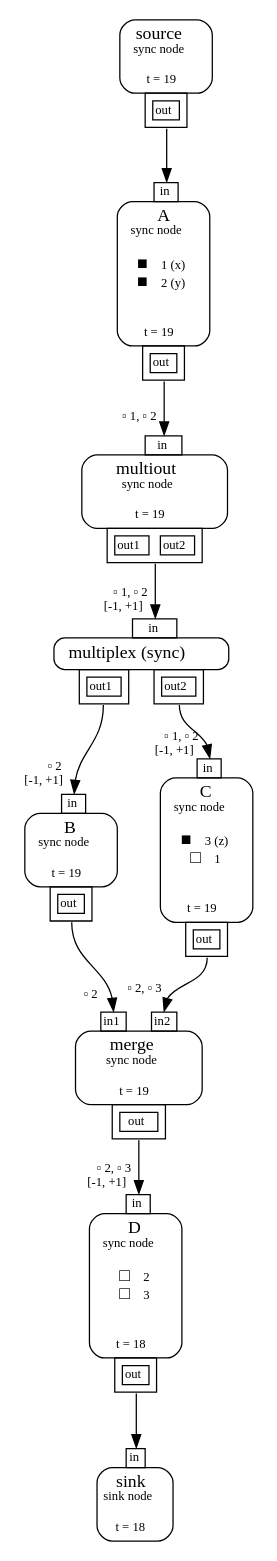
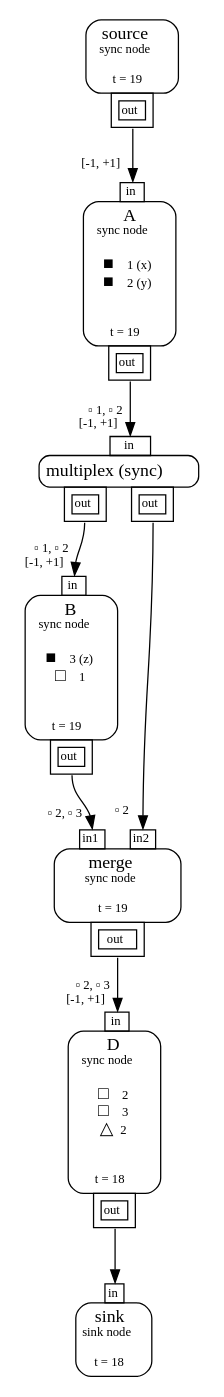
The diagram in gr.gv (dbonattoj/mf), drawn with Graphviz before and after one commit. The commit also changed 7 other files, not shown here.

```diff
--- a/gr.gv
+++ b/gr.gv
@@ -7,35 +7,27 @@
 <TABLE BORDER="0" CELLBORDER="0" CELLSPACING="0" CELLPADDING="0"><TR><TD WIDTH="20"></TD><TD BORDER="1" CELLPADDING="1" PORT="in3" COLOR="black"><FONT POINT-SIZE="10">in</FONT></TD><TD WIDTH="20"></TD></TR><TR><TD COLSPAN="3" BORDER="1" STYLE="ROUNDED" CELLPADDING="4" COLOR="black">A<BR/><FONT POINT-SIZE="10">sync node</FONT><BR/><BR/>&#x25A0; <FONT POINT-SIZE="10">1 (x)</FONT><BR/>&#x25A0; <FONT POINT-SIZE="10">2 (y)</FONT><BR/><BR/><BR/><FONT POINT-SIZE="10">t = 19</FONT></TD></TR><TR><TD COLSPAN="3" BORDER="0"><TABLE BORDER="0" CELLBORDER="0" CELLSPACING="0" CELLPADDING="0"><TR><TD WIDTH="20"></TD><TD BORDER="1" CELLPADDING="3" PORT="out4" COLOR="black"><TABLE BORDER="0" CELLSPACING="2"><TR CELLPADDING="1"><TD BORDER="1" CELLPADDING="1"><FONT POINT-SIZE="10">out</FONT></TD></TR></TABLE></TD><TD WIDTH="20"></TD></TR></TABLE></TD></TR></TABLE>
 >];
 	node5 [shape=plaintext label=<
-<TABLE BORDER="0" CELLBORDER="0" CELLSPACING="0" CELLPADDING="0"><TR><TD WIDTH="20"></TD><TD BORDER="1" CELLPADDING="1" PORT="in6" COLOR="black"><FONT POINT-SIZE="10">in</FONT></TD><TD WIDTH="20"></TD></TR><TR><TD COLSPAN="3" BORDER="1" STYLE="ROUNDED" CELLPADDING="4" COLOR="black">multiout<BR/><FONT POINT-SIZE="10">sync node</FONT><BR/><BR/><FONT POINT-SIZE="10">t = 19</FONT></TD></TR><TR><TD COLSPAN="3" BORDER="0"><TABLE BORDER="0" CELLBORDER="0" CELLSPACING="0" CELLPADDING="0"><TR><TD WIDTH="20"></TD><TD BORDER="1" CELLPADDING="3" PORT="out7" COLOR="black"><TABLE BORDER="0" CELLSPACING="2"><TR CELLPADDING="1"><TD BORDER="1" CELLPADDING="1"><FONT POINT-SIZE="10">out1</FONT></TD><TD WIDTH="5"></TD><TD BORDER="1" CELLPADDING="1"><FONT POINT-SIZE="10">out2</FONT></TD></TR></TABLE></TD><TD WIDTH="20"></TD></TR></TABLE></TD></TR></TABLE>
+<TABLE BORDER="0" CELLBORDER="0" CELLSPACING="0" CELLPADDING="0"><TR><TD WIDTH="20"></TD><TD BORDER="1" CELLPADDING="1" PORT="in6" COLOR="black"><FONT POINT-SIZE="10">in</FONT></TD><TD WIDTH="20"></TD></TR><TR><TD COLSPAN="3" BORDER="1" STYLE="ROUNDED" CELLPADDING="4" COLOR="black">multiplex (sync)</TD></TR><TR><TD COLSPAN="3" BORDER="0"><TABLE BORDER="0" CELLBORDER="0" CELLSPACING="0" CELLPADDING="0"><TR><TD WIDTH="20"></TD><TD BORDER="1" CELLPADDING="3" PORT="out7" COLOR="black"><TABLE BORDER="0" CELLSPACING="2"><TR CELLPADDING="1"><TD BORDER="1" CELLPADDING="1"><FONT POINT-SIZE="10">out</FONT></TD></TR></TABLE></TD><TD WIDTH="20"></TD><TD BORDER="1" CELLPADDING="3" PORT="out8" COLOR="black"><TABLE BORDER="0" CELLSPACING="2"><TR CELLPADDING="1"><TD BORDER="1" CELLPADDING="1"><FONT POINT-SIZE="10">out</FONT></TD></TR></TABLE></TD><TD WIDTH="20"></TD></TR></TABLE></TD></TR></TABLE>
 >];
-	node8 [shape=plaintext label=<
-<TABLE BORDER="0" CELLBORDER="0" CELLSPACING="0" CELLPADDING="0"><TR><TD WIDTH="20"></TD><TD BORDER="1" CELLPADDING="1" PORT="in9" COLOR="black"><FONT POINT-SIZE="10">in</FONT></TD><TD WIDTH="20"></TD></TR><TR><TD COLSPAN="3" BORDER="1" STYLE="ROUNDED" CELLPADDING="4" COLOR="black">multiplex (sync)</TD></TR><TR><TD COLSPAN="3" BORDER="0"><TABLE BORDER="0" CELLBORDER="0" CELLSPACING="0" CELLPADDING="0"><TR><TD WIDTH="20"></TD><TD BORDER="1" CELLPADDING="3" PORT="out10" COLOR="black"><TABLE BORDER="0" CELLSPACING="2"><TR CELLPADDING="1"><TD BORDER="1" CELLPADDING="1"><FONT POINT-SIZE="10">out1</FONT></TD></TR></TABLE></TD><TD WIDTH="20"></TD><TD BORDER="1" CELLPADDING="3" PORT="out11" COLOR="black"><TABLE BORDER="0" CELLSPACING="2"><TR CELLPADDING="1"><TD BORDER="1" CELLPADDING="1"><FONT POINT-SIZE="10">out2</FONT></TD></TR></TABLE></TD><TD WIDTH="20"></TD></TR></TABLE></TD></TR></TABLE>
+	node9 [shape=plaintext label=<
+<TABLE BORDER="0" CELLBORDER="0" CELLSPACING="0" CELLPADDING="0"><TR><TD WIDTH="20"></TD><TD BORDER="1" CELLPADDING="1" PORT="in10" COLOR="black"><FONT POINT-SIZE="10">in</FONT></TD><TD WIDTH="20"></TD></TR><TR><TD COLSPAN="3" BORDER="1" STYLE="ROUNDED" CELLPADDING="4" COLOR="black">B<BR/><FONT POINT-SIZE="10">sync node</FONT><BR/><BR/>&#x25A0; <FONT POINT-SIZE="10">3 (z)</FONT><BR/>&#x25A1; <FONT POINT-SIZE="10">1</FONT><BR/><BR/><BR/><FONT POINT-SIZE="10">t = 19</FONT></TD></TR><TR><TD COLSPAN="3" BORDER="0"><TABLE BORDER="0" CELLBORDER="0" CELLSPACING="0" CELLPADDING="0"><TR><TD WIDTH="20"></TD><TD BORDER="1" CELLPADDING="3" PORT="out11" COLOR="black"><TABLE BORDER="0" CELLSPACING="2"><TR CELLPADDING="1"><TD BORDER="1" CELLPADDING="1"><FONT POINT-SIZE="10">out</FONT></TD></TR></TABLE></TD><TD WIDTH="20"></TD></TR></TABLE></TD></TR></TABLE>
 >];
 	node12 [shape=plaintext label=<
-<TABLE BORDER="0" CELLBORDER="0" CELLSPACING="0" CELLPADDING="0"><TR><TD WIDTH="20"></TD><TD BORDER="1" CELLPADDING="1" PORT="in13" COLOR="black"><FONT POINT-SIZE="10">in</FONT></TD><TD WIDTH="20"></TD></TR><TR><TD COLSPAN="3" BORDER="1" STYLE="ROUNDED" CELLPADDING="4" COLOR="black">B<BR/><FONT POINT-SIZE="10">sync node</FONT><BR/><BR/><FONT POINT-SIZE="10">t = 19</FONT></TD></TR><TR><TD COLSPAN="3" BORDER="0"><TABLE BORDER="0" CELLBORDER="0" CELLSPACING="0" CELLPADDING="0"><TR><TD WIDTH="20"></TD><TD BORDER="1" CELLPADDING="3" PORT="out14" COLOR="black"><TABLE BORDER="0" CELLSPACING="2"><TR CELLPADDING="1"><TD BORDER="1" CELLPADDING="1"><FONT POINT-SIZE="10">out</FONT></TD></TR></TABLE></TD><TD WIDTH="20"></TD></TR></TABLE></TD></TR></TABLE>
+<TABLE BORDER="0" CELLBORDER="0" CELLSPACING="0" CELLPADDING="0"><TR><TD WIDTH="20"></TD><TD BORDER="1" CELLPADDING="1" PORT="in13" COLOR="black"><FONT POINT-SIZE="10">in1</FONT></TD><TD WIDTH="20"></TD><TD BORDER="1" CELLPADDING="1" PORT="in14" COLOR="black"><FONT POINT-SIZE="10">in2</FONT></TD><TD WIDTH="20"></TD></TR><TR><TD COLSPAN="5" BORDER="1" STYLE="ROUNDED" CELLPADDING="4" COLOR="black">merge<BR/><FONT POINT-SIZE="10">sync node</FONT><BR/><BR/><FONT POINT-SIZE="10">t = 19</FONT></TD></TR><TR><TD COLSPAN="5" BORDER="0"><TABLE BORDER="0" CELLBORDER="0" CELLSPACING="0" CELLPADDING="0"><TR><TD WIDTH="20"></TD><TD BORDER="1" CELLPADDING="3" PORT="out15" COLOR="black"><TABLE BORDER="0" CELLSPACING="2"><TR CELLPADDING="1"><TD BORDER="1" CELLPADDING="1"><FONT POINT-SIZE="10">out</FONT></TD></TR></TABLE></TD><TD WIDTH="20"></TD></TR></TABLE></TD></TR></TABLE>
 >];
-	node15 [shape=plaintext label=<
-<TABLE BORDER="0" CELLBORDER="0" CELLSPACING="0" CELLPADDING="0"><TR><TD WIDTH="20"></TD><TD BORDER="1" CELLPADDING="1" PORT="in16" COLOR="black"><FONT POINT-SIZE="10">in</FONT></TD><TD WIDTH="20"></TD></TR><TR><TD COLSPAN="3" BORDER="1" STYLE="ROUNDED" CELLPADDING="4" COLOR="black">C<BR/><FONT POINT-SIZE="10">sync node</FONT><BR/><BR/>&#x25A0; <FONT POINT-SIZE="10">3 (z)</FONT><BR/>&#x25A1; <FONT POINT-SIZE="10">1</FONT><BR/><BR/><BR/><FONT POINT-SIZE="10">t = 19</FONT></TD></TR><TR><TD COLSPAN="3" BORDER="0"><TABLE BORDER="0" CELLBORDER="0" CELLSPACING="0" CELLPADDING="0"><TR><TD WIDTH="20"></TD><TD BORDER="1" CELLPADDING="3" PORT="out17" COLOR="black"><TABLE BORDER="0" CELLSPACING="2"><TR CELLPADDING="1"><TD BORDER="1" CELLPADDING="1"><FONT POINT-SIZE="10">out</FONT></TD></TR></TABLE></TD><TD WIDTH="20"></TD></TR></TABLE></TD></TR></TABLE>
+	node16 [shape=plaintext label=<
+<TABLE BORDER="0" CELLBORDER="0" CELLSPACING="0" CELLPADDING="0"><TR><TD WIDTH="20"></TD><TD BORDER="1" CELLPADDING="1" PORT="in17" COLOR="black"><FONT POINT-SIZE="10">in</FONT></TD><TD WIDTH="20"></TD></TR><TR><TD COLSPAN="3" BORDER="1" STYLE="ROUNDED" CELLPADDING="4" COLOR="black">D<BR/><FONT POINT-SIZE="10">sync node</FONT><BR/><BR/>&#x25A1; <FONT POINT-SIZE="10">2</FONT><BR/>&#x25A1; <FONT POINT-SIZE="10">3</FONT><BR/>&#x25B3; <FONT POINT-SIZE="10">2</FONT><BR/><BR/><BR/><FONT POINT-SIZE="10">t = 18</FONT></TD></TR><TR><TD COLSPAN="3" BORDER="0"><TABLE BORDER="0" CELLBORDER="0" CELLSPACING="0" CELLPADDING="0"><TR><TD WIDTH="20"></TD><TD BORDER="1" CELLPADDING="3" PORT="out18" COLOR="black"><TABLE BORDER="0" CELLSPACING="2"><TR CELLPADDING="1"><TD BORDER="1" CELLPADDING="1"><FONT POINT-SIZE="10">out</FONT></TD></TR></TABLE></TD><TD WIDTH="20"></TD></TR></TABLE></TD></TR></TABLE>
 >];
-	node18 [shape=plaintext label=<
-<TABLE BORDER="0" CELLBORDER="0" CELLSPACING="0" CELLPADDING="0"><TR><TD WIDTH="20"></TD><TD BORDER="1" CELLPADDING="1" PORT="in19" COLOR="black"><FONT POINT-SIZE="10">in1</FONT></TD><TD WIDTH="20"></TD><TD BORDER="1" CELLPADDING="1" PORT="in20" COLOR="black"><FONT POINT-SIZE="10">in2</FONT></TD><TD WIDTH="20"></TD></TR><TR><TD COLSPAN="5" BORDER="1" STYLE="ROUNDED" CELLPADDING="4" COLOR="black">merge<BR/><FONT POINT-SIZE="10">sync node</FONT><BR/><BR/><FONT POINT-SIZE="10">t = 19</FONT></TD></TR><TR><TD COLSPAN="5" BORDER="0"><TABLE BORDER="0" CELLBORDER="0" CELLSPACING="0" CELLPADDING="0"><TR><TD WIDTH="20"></TD><TD BORDER="1" CELLPADDING="3" PORT="out21" COLOR="black"><TABLE BORDER="0" CELLSPACING="2"><TR CELLPADDING="1"><TD BORDER="1" CELLPADDING="1"><FONT POINT-SIZE="10">out</FONT></TD></TR></TABLE></TD><TD WIDTH="20"></TD></TR></TABLE></TD></TR></TABLE>
+	node19 [shape=plaintext label=<
+<TABLE BORDER="0" CELLBORDER="0" CELLSPACING="0" CELLPADDING="0"><TR><TD WIDTH="20"></TD><TD BORDER="1" CELLPADDING="1" PORT="in20" COLOR="black"><FONT POINT-SIZE="10">in</FONT></TD><TD WIDTH="20"></TD></TR><TR><TD COLSPAN="3" BORDER="1" STYLE="ROUNDED" CELLPADDING="4" COLOR="black">sink<BR/><FONT POINT-SIZE="10">sink node</FONT><BR/><BR/><FONT POINT-SIZE="10">t = 18</FONT></TD></TR></TABLE>
 >];
-	node22 [shape=plaintext label=<
-<TABLE BORDER="0" CELLBORDER="0" CELLSPACING="0" CELLPADDING="0"><TR><TD WIDTH="20"></TD><TD BORDER="1" CELLPADDING="1" PORT="in23" COLOR="black"><FONT POINT-SIZE="10">in</FONT></TD><TD WIDTH="20"></TD></TR><TR><TD COLSPAN="3" BORDER="1" STYLE="ROUNDED" CELLPADDING="4" COLOR="black">D<BR/><FONT POINT-SIZE="10">sync node</FONT><BR/><BR/>&#x25A1; <FONT POINT-SIZE="10">2</FONT><BR/>&#x25A1; <FONT POINT-SIZE="10">3</FONT><BR/><BR/><BR/><FONT POINT-SIZE="10">t = 18</FONT></TD></TR><TR><TD COLSPAN="3" BORDER="0"><TABLE BORDER="0" CELLBORDER="0" CELLSPACING="0" CELLPADDING="0"><TR><TD WIDTH="20"></TD><TD BORDER="1" CELLPADDING="3" PORT="out24" COLOR="black"><TABLE BORDER="0" CELLSPACING="2"><TR CELLPADDING="1"><TD BORDER="1" CELLPADDING="1"><FONT POINT-SIZE="10">out</FONT></TD></TR></TABLE></TD><TD WIDTH="20"></TD></TR></TABLE></TD></TR></TABLE>
->];
-	node25 [shape=plaintext label=<
-<TABLE BORDER="0" CELLBORDER="0" CELLSPACING="0" CELLPADDING="0"><TR><TD WIDTH="20"></TD><TD BORDER="1" CELLPADDING="1" PORT="in26" COLOR="black"><FONT POINT-SIZE="10">in</FONT></TD><TD WIDTH="20"></TD></TR><TR><TD COLSPAN="3" BORDER="1" STYLE="ROUNDED" CELLPADDING="4" COLOR="black">sink<BR/><FONT POINT-SIZE="10">sink node</FONT><BR/><BR/><FONT POINT-SIZE="10">t = 18</FONT></TD></TR></TABLE>
->];
-	node0:out1 -> node2:in3 [style="", arrowhead="normal", color=black, headlabel=<>, fontsize=10, labelangle=45, labeldistance=2.0, labelfontcolor=black];
-	node2:out4 -> node5:in6 [style="", arrowhead="normal", color=black, headlabel=<&#x25AB; 1, &#x25AB; 2<BR/>>, fontsize=10, labelangle=45, labeldistance=2.0, labelfontcolor=black];
-	node5:out7 -> node8:in9 [style="", arrowhead="normal", color=black, headlabel=<&#x25AB; 1, &#x25AB; 2<BR/>[-1, +1]     >, fontsize=10, labelangle=45, labeldistance=2.0, labelfontcolor=black];
-	node8:out10 -> node12:in13 [style="", arrowhead="normal", color=black, headlabel=<&#x25AB; 2<BR/>[-1, +1]     >, fontsize=10, labelangle=45, labeldistance=2.0, labelfontcolor=black];
-	node8:out11 -> node15:in16 [style="", arrowhead="normal", color=black, headlabel=<&#x25AB; 1, &#x25AB; 2<BR/>[-1, +1]     >, fontsize=10, labelangle=45, labeldistance=2.0, labelfontcolor=black];
-	node12:out14 -> node18:in19 [style="", arrowhead="normal", color=black, headlabel=<&#x25AB; 2<BR/>>, fontsize=10, labelangle=45, labeldistance=2.0, labelfontcolor=black];
-	node15:out17 -> node18:in20 [style="", arrowhead="normal", color=black, headlabel=<&#x25AB; 2, &#x25AB; 3<BR/>>, fontsize=10, labelangle=45, labeldistance=2.0, labelfontcolor=black];
-	node18:out21 -> node22:in23 [style="", arrowhead="normal", color=black, headlabel=<&#x25AB; 2, &#x25AB; 3<BR/>[-1, +1]     >, fontsize=10, labelangle=45, labeldistance=2.0, labelfontcolor=black];
-	node22:out24 -> node25:in26 [style="", arrowhead="normal", color=black, headlabel=<>, fontsize=10, labelangle=45, labeldistance=2.0, labelfontcolor=black];
+	node0:out1 -> node2:in3 [style="", arrowhead="normal", color=black, headlabel=<[-1, +1]     >, fontsize=10, labelangle=45, labeldistance=2.0, labelfontcolor=black];
+	node2:out4 -> node5:in6 [style="", arrowhead="normal", color=black, headlabel=<&#x25AB; 1, &#x25AB; 2<BR/>[-1, +1]     >, fontsize=10, labelangle=45, labeldistance=2.0, labelfontcolor=black];
+	node5:out7 -> node9:in10 [style="", arrowhead="normal", color=black, headlabel=<&#x25AB; 1, &#x25AB; 2<BR/>[-1, +1]     >, fontsize=10, labelangle=45, labeldistance=2.0, labelfontcolor=black];
+	node9:out11 -> node12:in13 [style="", arrowhead="normal", color=black, headlabel=<&#x25AB; 2, &#x25AB; 3<BR/>>, fontsize=10, labelangle=45, labeldistance=2.0, labelfontcolor=black];
+	node5:out8 -> node12:in14 [style="", arrowhead="normal", color=black, headlabel=<&#x25AB; 2<BR/>>, fontsize=10, labelangle=45, labeldistance=2.0, labelfontcolor=black];
+	node12:out15 -> node16:in17 [style="", arrowhead="normal", color=black, headlabel=<&#x25AB; 2, &#x25AB; 3<BR/>[-1, +1]     >, fontsize=10, labelangle=45, labeldistance=2.0, labelfontcolor=black];
+	node16:out18 -> node19:in20 [style="", arrowhead="normal", color=black, headlabel=<>, fontsize=10, labelangle=45, labeldistance=2.0, labelfontcolor=black];
 	{rank=source; node0}
-	{rank=sink; node25}
+	{rank=sink; node19}
 }
```
